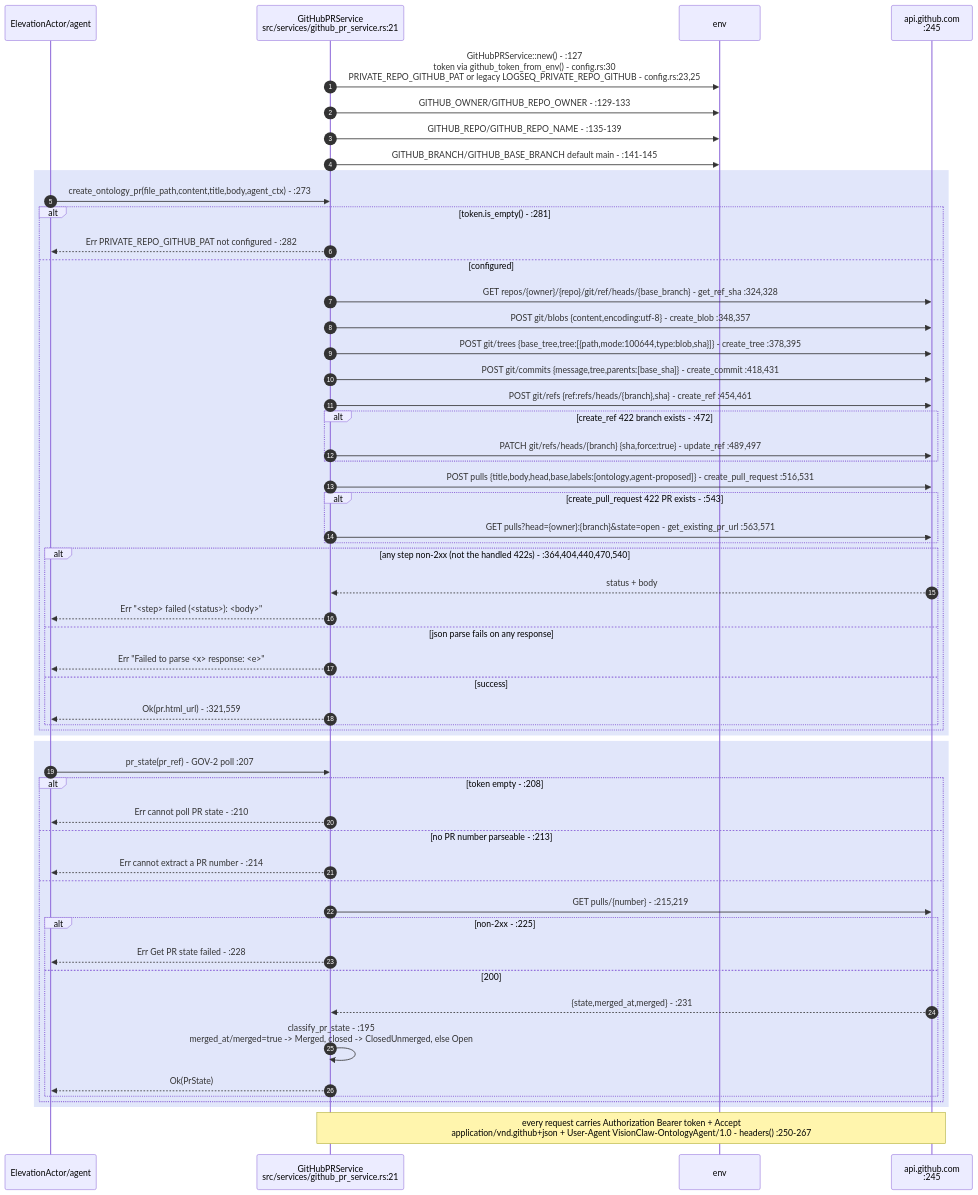
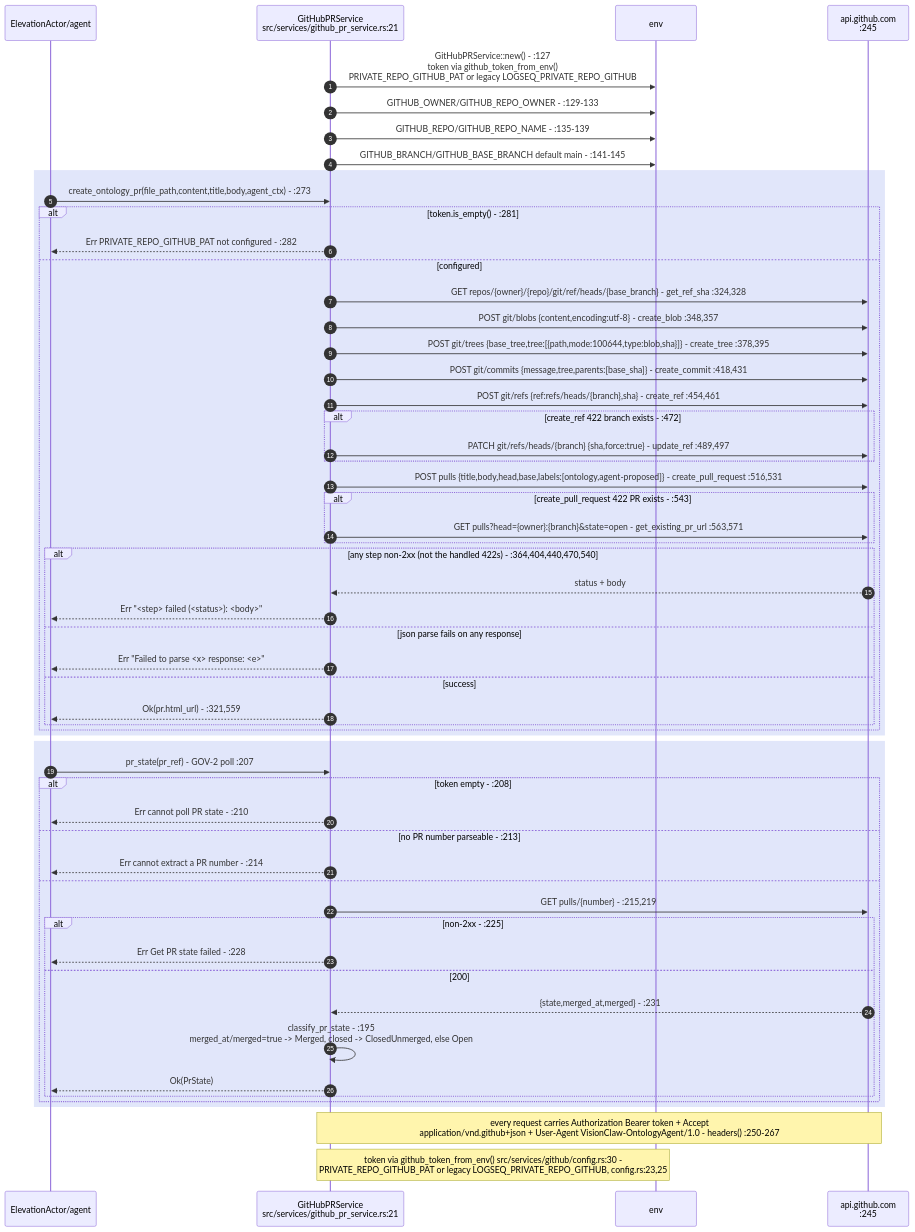
One commit to DreamLab-AI/VisionFlow changed the sixth of 9 diagrams in docs/diagrams/visionclaw/28-external-services.md. Above: the diagram before and after it, drawn with Mermaid. The commit also changed other lines of this file and 52 other files, not shown here.

First line of the commit message:
docs(diagrams): wave 3 checkpoint — bare line refs resolved, revision-pinned cite-check, VC-05/AB-01..13 re-attested

````diff
--- a/docs/diagrams/visionclaw/28-external-services.md
+++ b/docs/diagrams/visionclaw/28-external-services.md
@@ -273,60 +273,61 @@
 ```mermaid
 sequenceDiagram
     autonumber
     participant Caller as ElevationActor/agent
     participant GH as GitHubPRService<br/>src/services/github_pr_service.rs:21
     participant ENV as env
     participant API as api.github.com<br/>:245
 
-    GH->>ENV: GitHubPRService::new() - :127<br/>token via github_token_from_env() - config.rs:30<br/>PRIVATE_REPO_GITHUB_PAT or legacy LOGSEQ_PRIVATE_REPO_GITHUB - config.rs:23,25
+    GH->>ENV: GitHubPRService::new() - :127<br/>token via github_token_from_env()<br/>PRIVATE_REPO_GITHUB_PAT or legacy LOGSEQ_PRIVATE_REPO_GITHUB
     GH->>ENV: GITHUB_OWNER/GITHUB_REPO_OWNER - :129-133
     GH->>ENV: GITHUB_REPO/GITHUB_REPO_NAME - :135-139
     GH->>ENV: GITHUB_BRANCH/GITHUB_BASE_BRANCH default main - :141-145
 
     rect rgb(225,230,250)
     Caller->>GH: create_ontology_pr(file_path,content,title,body,agent_ctx) - :273
     alt token.is_empty() - :281
         GH-->>Caller: Err PRIVATE_REPO_GITHUB_PAT not configured - :282
     else configured
         GH->>API: GET repos/{owner}/{repo}/git/ref/heads/{base_branch} - get_ref_sha :324,328
         GH->>API: POST git/blobs {content,encoding:utf-8} - create_blob :348,357
         GH->>API: POST git/trees {base_tree,tree:[{path,mode:100644,type:blob,sha}]} - create_tree :378,395
         GH->>API: POST git/commits {message,tree,parents:[base_sha]} - create_commit :418,431
         GH->>API: POST git/refs {ref:refs/heads/{branch},sha} - create_ref :454,461
         alt create_ref 422 branch exists - :472
             GH->>API: PATCH git/refs/heads/{branch} {sha,force:true} - update_ref :489,497
         end
         GH->>API: POST pulls {title,body,head,base,labels:[ontology,agent-proposed]} - create_pull_request :516,531
         alt create_pull_request 422 PR exists - :543
             GH->>API: GET pulls?head={owner}:{branch}&state=open - get_existing_pr_url :563,571
         end
         alt any step non-2xx (not the handled 422s) - :364,404,440,470,540
             API-->>GH: status + body
             GH-->>Caller: Err "<step> failed (<status>): <body>"
         else json parse fails on any response
             GH-->>Caller: Err "Failed to parse <x> response: <e>"
         else success
             GH-->>Caller: Ok(pr.html_url) - :321,559
         end
     end
     end
 
     rect rgb(225,230,250)
     Caller->>GH: pr_state(pr_ref) - GOV-2 poll :207
     alt token empty - :208
         GH-->>Caller: Err cannot poll PR state - :210
     else no PR number parseable - :213
         GH-->>Caller: Err cannot extract a PR number - :214
     else
         GH->>API: GET pulls/{number} - :215,219
         alt non-2xx - :225
             GH-->>Caller: Err Get PR state failed - :228
         else 200
             API-->>GH: {state,merged_at,merged} - :231
             GH->>GH: classify_pr_state - :195<br/>merged_at/merged=true -> Merged, closed -> ClosedUnmerged, else Open
             GH-->>Caller: Ok(PrState)
         end
     end
     end
     Note over GH,API: every request carries Authorization Bearer token + Accept<br/>application/vnd.github+json + User-Agent VisionClaw-OntologyAgent/1.0 - headers() :250-267
+    Note over GH,ENV: token via github_token_from_env() src/services/github/config.rs:30 -<br/>PRIVATE_REPO_GITHUB_PAT or legacy LOGSEQ_PRIVATE_REPO_GITHUB, config.rs:23,25
 ```
````
